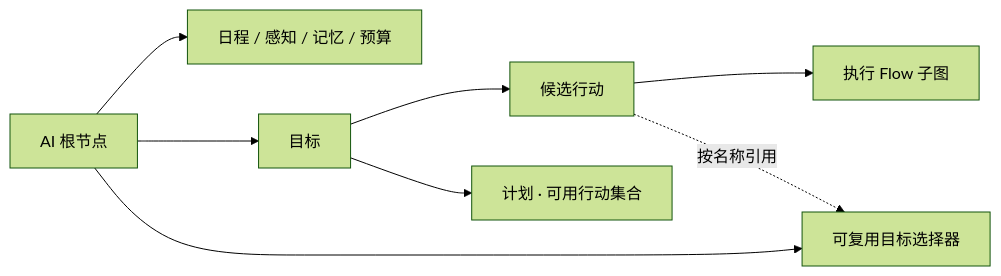
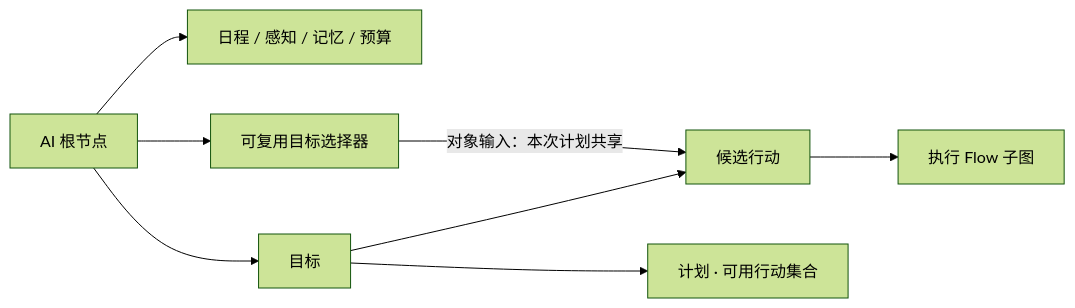
Before and after one commit to yuluotian123/yu: the diagram in scripts/gamelogic/ai/NPC_GRAPH_GUIDE.md, drawn with Mermaid (forest theme). The commit also changed other lines of this file and 389 other files, not shown here.

````diff
--- a/scripts/gamelogic/ai/NPC_GRAPH_GUIDE.md
+++ b/scripts/gamelogic/ai/NPC_GRAPH_GUIDE.md
@@ -24,10 +26,10 @@
 ```mermaid
 flowchart LR
-    R[AI 根节点] --> M[日程 / 感知 / 记忆 / 预算]
-    R --> G[目标]
-    R --> S[可复用目标选择器]
-    G --> A[候选行动]
-    G --> P[计划 · 可用行动集合]
-    A --> E[执行 Flow 子图]
-    A -. 按名称引用 .-> S
+	R[AI 根节点] --> M[日程 / 感知 / 记忆 / 预算]
+	R --> G[目标]
+	R --> S[可复用目标选择器]
+	G --> A[候选行动]
+	G --> P[计划 · 可用行动集合]
+	A --> E[执行 Flow 子图]
+	S -->|对象输入：本次计划共享| A
 ```
````
